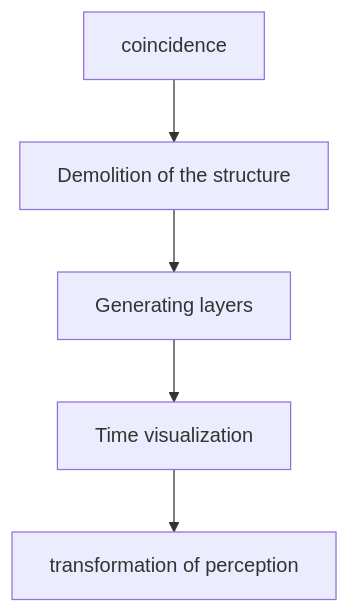
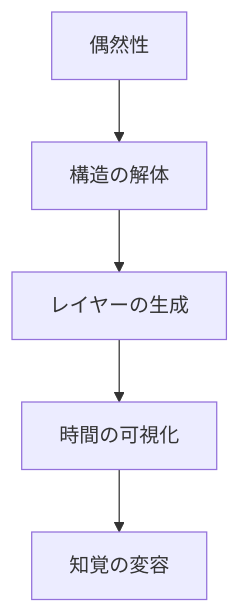
The first of 4 diagrams in en/_posts/2026-04-25-column-gerhard-richter.md (monumental-movement/monumental-movement.github.io), drawn with Mermaid before and after one commit. The commit also changed other lines of this file and 2196 other files, not shown here.

```diff
--- a/en/_posts/2026-04-25-column-gerhard-richter.md
+++ b/en/_posts/2026-04-25-column-gerhard-richter.md
@@ -159,7 +158,7 @@
 <div class="mermaid">
 graph TD
-A[coincidence] --> B[Demolition of the structure]
-B --> C[Generating layers]
-C --> D[Time visualization]
-D --> E[transformation of perception]
+A[偶然性] --> B[構造の解体]
+B --> C[レイヤーの生成]
+C --> D[時間の可視化]
+D --> E[知覚の変容]
 </div>
```
